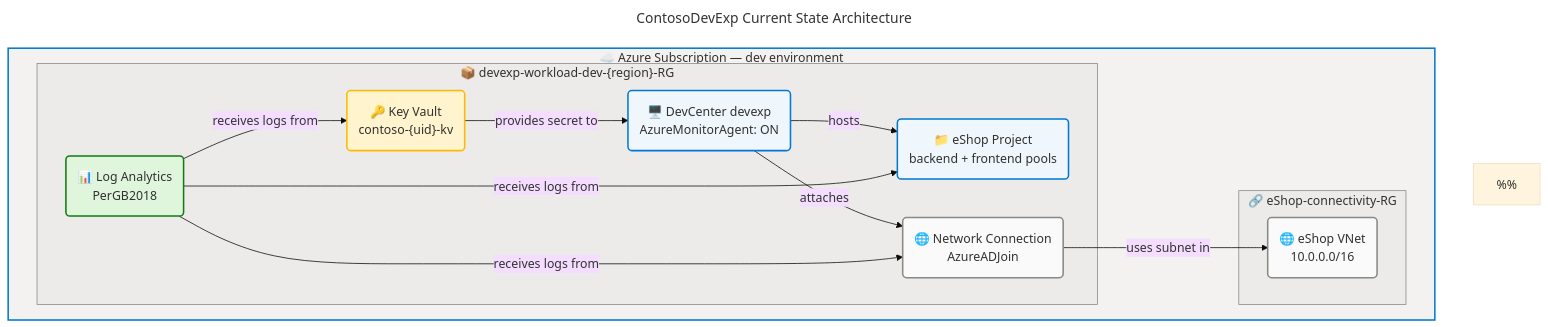
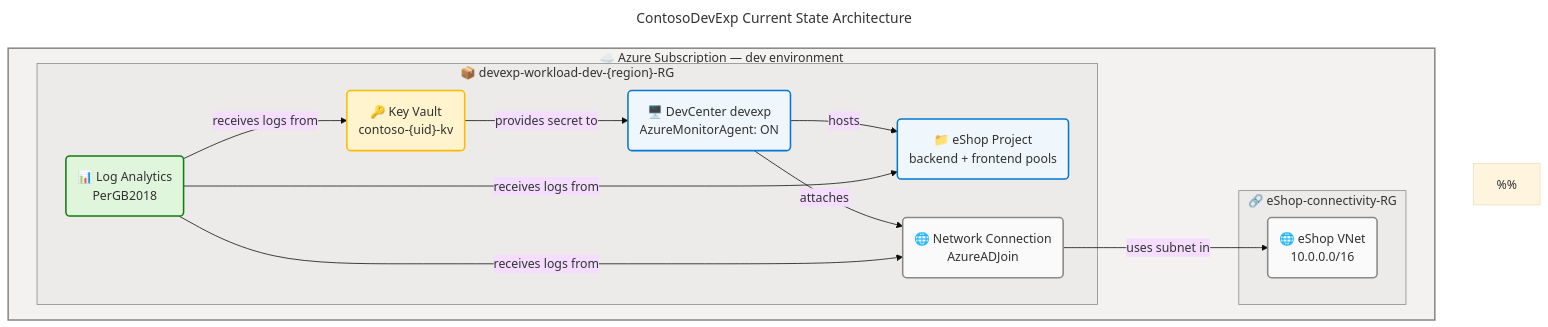
The second of 3 diagrams in docs/architecture/tech-arch.md (Evilazaro/DevExp-DevBox), drawn with Mermaid before and after one commit. The commit also changed other lines of this file and 3 other files, not shown here.

Commit message:
Refactor resource tables in tech-arch.md for improved readability and consistency; update color styles in flowcharts for better visual coherence.

````diff
--- a/docs/architecture/tech-arch.md
+++ b/docs/architecture/tech-arch.md
@@ -463,56 +463,56 @@
 ```mermaid
 ---
 title: "ContosoDevExp Current State Architecture"
 config:
   theme: base
   look: classic
   layout: dagre
   themeVariables:
     fontSize: '16px'
   flowchart:
     htmlLabels: true
 ---
 flowchart TB
     accTitle: ContosoDevExp Current State Architecture
     accDescr: Current state deployment showing Azure Developer CLI invoking the Bicep orchestrator at subscription scope, deploying the Workload Resource Group with DevCenter devexp, eShop Project with backend and frontend Dev Box pools, Key Vault with gha-token secret, Log Analytics Workspace, and the Connectivity Resource Group with eShop Virtual Network and Network Connection. All resources emit diagnostics to the centralized Log Analytics Workspace. Nodes: dc=core, kv=warning, law=success, eshop=core, nc=neutral, vnet=neutral. WCAG AA compliant.
     %%
     %% AZURE / FLUENT ARCHITECTURE PATTERN v2.0
     %% (Semantic + Structural + Font + Accessibility Governance)
     %%
     %% PHASE 1 - FLUENT UI: All styling uses approved Fluent UI palette only
     %% PHASE 2 - GROUPS: Every subgraph has semantic color via style directive
     %% PHASE 3 - COMPONENTS: Every node has semantic classDef + icon prefix
     %% PHASE 4 - ACCESSIBILITY: accTitle/accDescr present, WCAG AA contrast
     %% PHASE 5 - STANDARD: Governance block present, classDefs centralized
     %%
 
     subgraph sub["☁️ Azure Subscription — dev environment"]
         subgraph workloadRg["📦 devexp-workload-dev-{region}-RG"]
         dc("🖥️ DevCenter devexp\nAzureMonitorAgent: ON"):::core
         kv("🔑 Key Vault\ncontoso-{uid}-kv"):::warning
         law("📊 Log Analytics\nPerGB2018"):::success
         eshop("📁 eShop Project\nbackend + frontend pools"):::core
         nc("🌐 Network Connection\nAzureADJoin"):::neutral
     end
     subgraph connectRg["🔗 eShop-connectivity-RG"]
         vnet("🌐 eShop VNet\n10.0.0.0/16"):::neutral
     end
     end
 
     dc -->|hosts| eshop
     dc -->|attaches| nc
     nc -->|uses subnet in| vnet
     kv -->|provides secret to| dc
     law -->|receives logs from| kv
     law -->|receives logs from| eshop
     law -->|receives logs from| nc
 
     classDef core fill:#EFF6FC,stroke:#0078D4,stroke-width:2px,color:#323130
     classDef warning fill:#FFF4CE,stroke:#FFB900,stroke-width:2px,color:#323130
     classDef success fill:#DFF6DD,stroke:#107C10,stroke-width:2px,color:#323130
     classDef neutral fill:#FAFAFA,stroke:#8A8886,stroke-width:2px,color:#323130
 
-    style sub fill:#F3F2F1,stroke:#0078D4,stroke-width:2px,color:#323130
+    style sub fill:#F3F2F1,stroke:#8A8886,stroke-width:2px,color:#323130
     style workloadRg fill:#EDEBE9,stroke:#8A8886,stroke-width:1px,color:#323130
     style connectRg fill:#EDEBE9,stroke:#8A8886,stroke-width:1px,color:#323130
 ```
````
